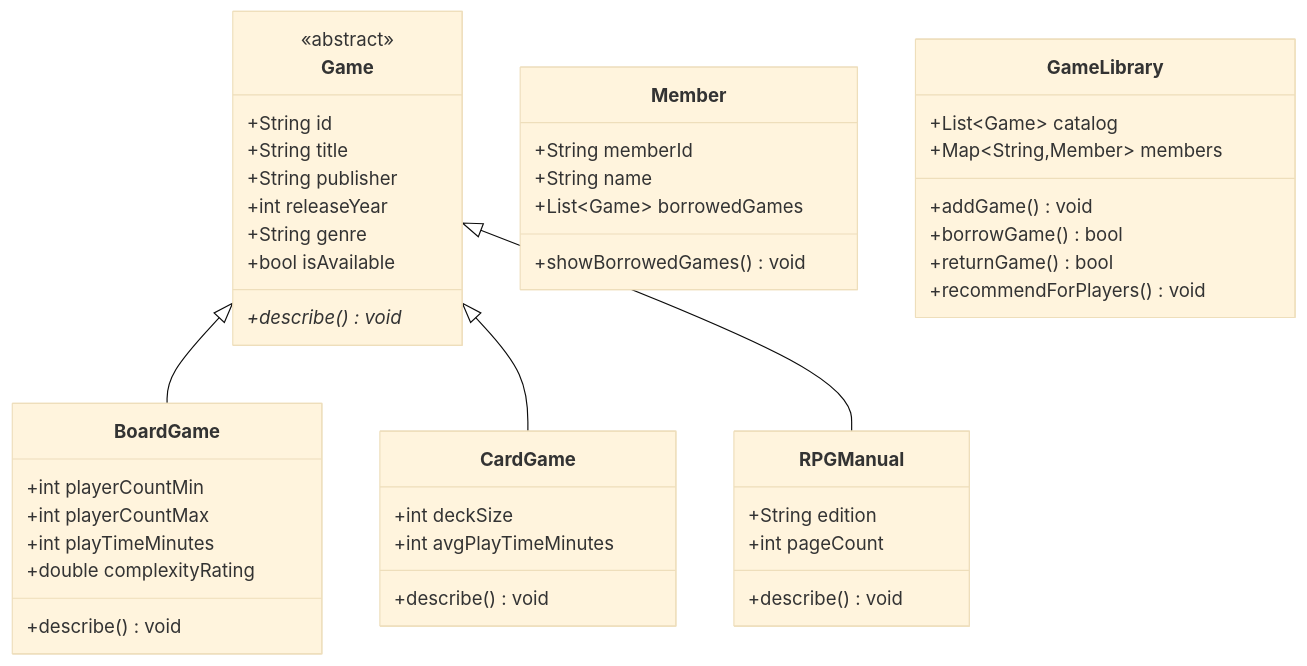
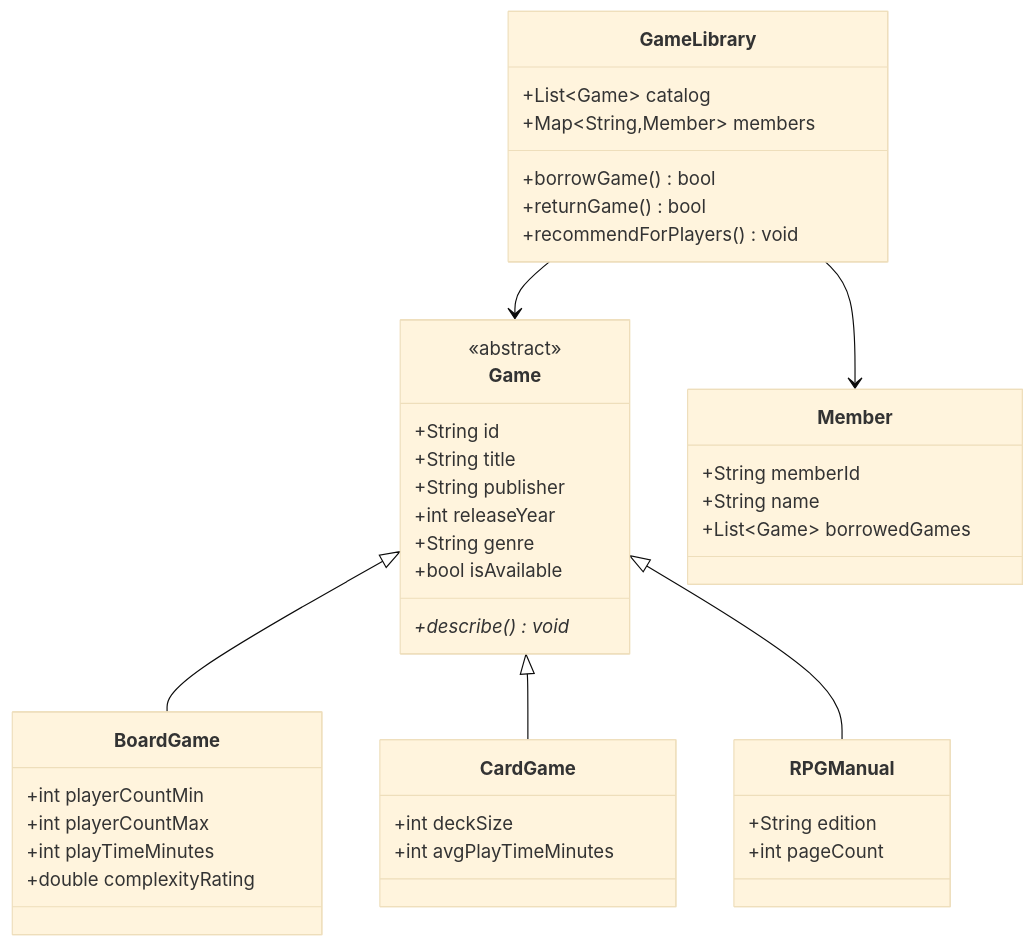
One commit to SoumitraDeshpande11/assignments changed the diagram in assignment_1/DOCUMENTATION.md. Above: the diagram before and after it, drawn with Mermaid (base theme). The commit also changed other lines of this file and 1 other file, not shown here.

````diff
--- a/assignment_1/DOCUMENTATION.md
+++ b/assignment_1/DOCUMENTATION.md
@@ -44,48 +41,45 @@
 ```mermaid
 classDiagram
     direction TB
     class Game {
         <<abstract>>
         +String id
         +String title
         +String publisher
         +int releaseYear
         +String genre
         +bool isAvailable
         +describe()* void
     }
     class BoardGame {
         +int playerCountMin
         +int playerCountMax
         +int playTimeMinutes
         +double complexityRating
-        +describe() void
     }
     class CardGame {
         +int deckSize
         +int avgPlayTimeMinutes
-        +describe() void
     }
     class RPGManual {
         +String edition
         +int pageCount
-        +describe() void
     }
     class Member {
         +String memberId
         +String name
         +List~Game~ borrowedGames
-        +showBorrowedGames() void
     }
     class GameLibrary {
         +List~Game~ catalog
         +Map~String,Member~ members
-        +addGame() void
         +borrowGame() bool
         +returnGame() bool
         +recommendForPlayers() void
     }
     Game <|-- BoardGame
     Game <|-- CardGame
     Game <|-- RPGManual
+    GameLibrary --> Game
+    GameLibrary --> Member
 ```
````
